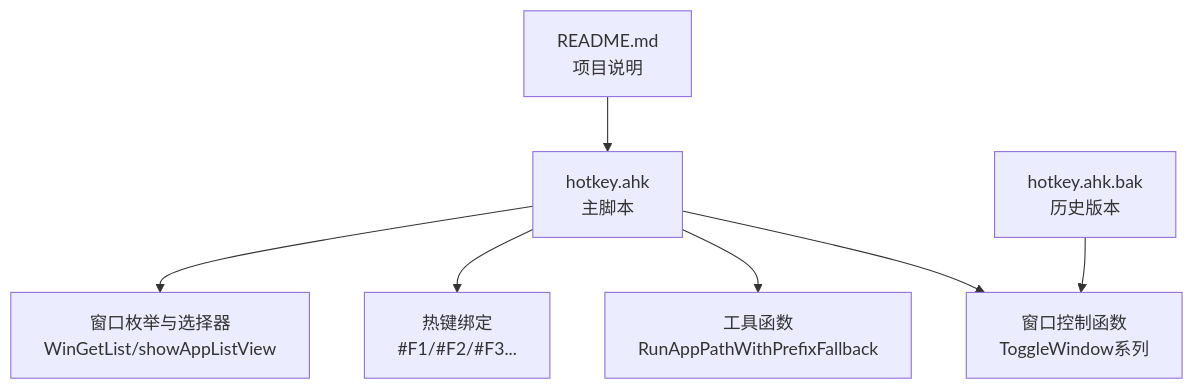
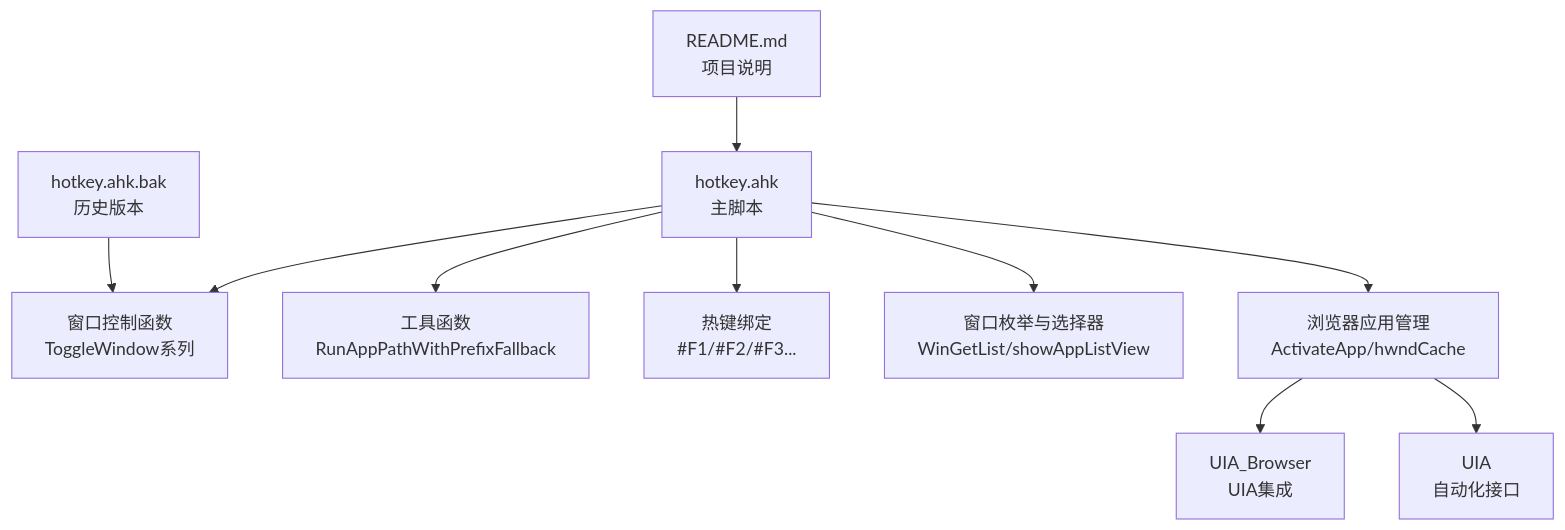
Before and after one commit to wangys-123doit/hotkey: the first of 6 diagrams in .qoder/repowiki/zh/content/开发者指南/代码结构分析/核心函数分析/窗口控制函数.md, drawn with Mermaid. The commit also changed other lines of this file and 7 other files, not shown here.

````diff
--- a/.qoder/repowiki/zh/content/开发者指南/代码结构分析/核心函数分析/窗口控制函数.md
+++ b/.qoder/repowiki/zh/content/开发者指南/代码结构分析/核心函数分析/窗口控制函数.md
@@ -34,9 +44,12 @@
 ```mermaid
 graph TB
 A["hotkey.ahk<br/>主脚本"] --> B["窗口控制函数<br/>ToggleWindow系列"]
 A --> C["工具函数<br/>RunAppPathWithPrefixFallback"]
 A --> D["热键绑定<br/>#F1/#F2/#F3..."]
 A --> E["窗口枚举与选择器<br/>WinGetList/showAppListView"]
-F["hotkey.ahk.bak<br/>历史版本"] --> B
-G["README.md<br/>项目说明"] --> A
+A --> F["浏览器应用管理<br/>ActivateApp/hwndCache"]
+F --> G["UIA_Browser<br/>UIA集成"]
+F --> H["UIA<br/>自动化接口"]
+I["hotkey.ahk.bak<br/>历史版本"] --> B
+J["README.md<br/>项目说明"] --> A
 ```
````
